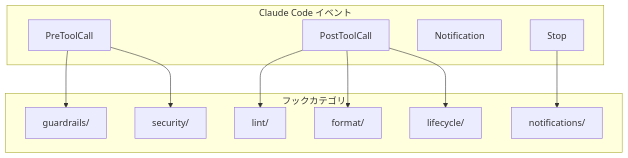
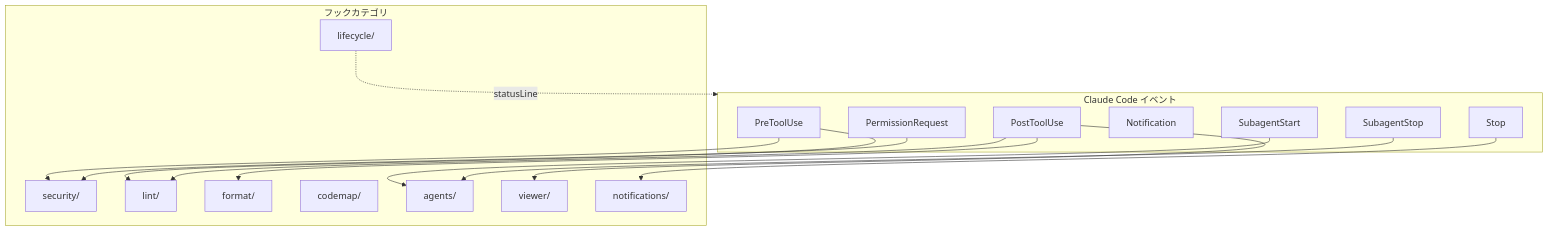
One commit to thkt/dotclaude changed the first of 2 diagrams in .ja/docs/HOOKS.md. Above: the diagram before and after it, drawn with Mermaid. The commit also changed other lines of this file and 14 other files, not shown here.

````diff
--- a/.ja/docs/HOOKS.md
+++ b/.ja/docs/HOOKS.md
@@ -9,25 +9,34 @@
 ```mermaid
 graph TD
     subgraph Events["Claude Code イベント"]
-        PRE[PreToolCall]
-        POST[PostToolCall]
+        PRE[PreToolUse]
+        POST[PostToolUse]
+        PERM[PermissionRequest]
         NOTIFY[Notification]
         STOP[Stop]
+        SUB_START[SubagentStart]
+        SUB_STOP[SubagentStop]
     end
 
     subgraph Hooks["フックカテゴリ"]
-        GUARD[guardrails/]
+        SEC[security/]
         LINT[lint/]
         FORMAT[format/]
         LIFE[lifecycle/]
-        SEC[security/]
+        CODEMAP[codemap/]
+        AGENTS[agents/]
+        VIEWER[viewer/]
         NOTIFY_H[notifications/]
     end
 
-    PRE --> GUARD
     PRE --> SEC
+    PRE --> LINT
+    POST --> FORMAT
     POST --> LINT
-    POST --> FORMAT
-    POST --> LIFE
+    POST --> VIEWER
+    PERM --> SEC
     STOP --> NOTIFY_H
+    SUB_START --> AGENTS
+    SUB_STOP --> AGENTS
+    LIFE -.->|statusLine| Events
 ```
````
